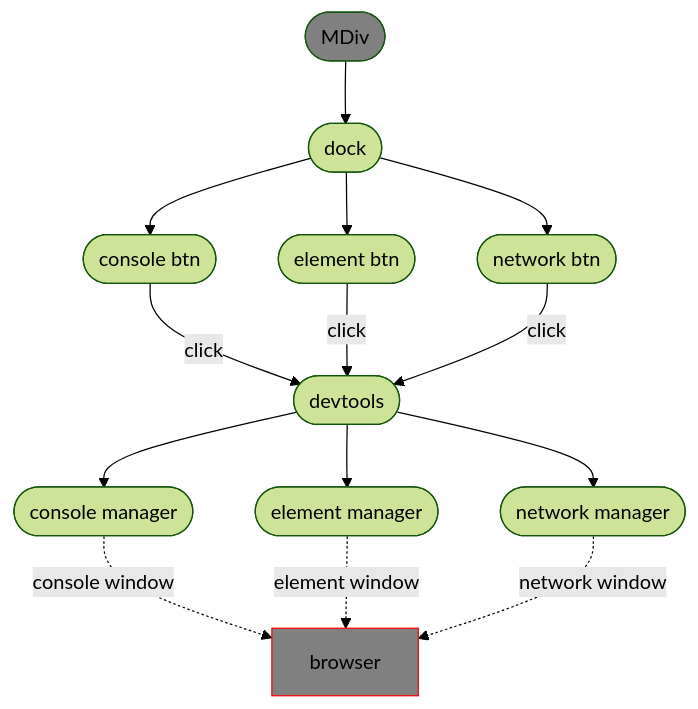
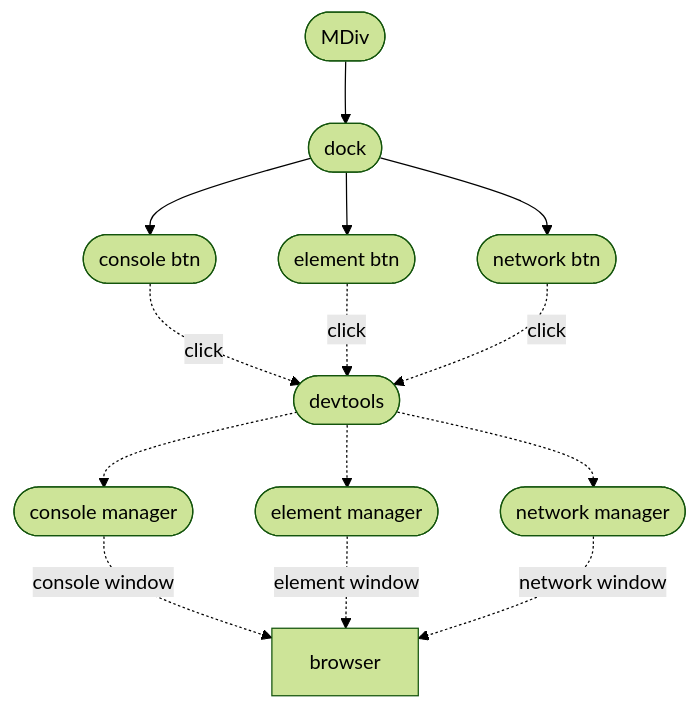
The first of 2 diagrams in README.md (moo-m/MDev), drawn with Mermaid (forest theme) before and after one commit.

````diff
--- a/README.md
+++ b/README.md
@@ -91,41 +91,38 @@
 ```mermaid
 flowchart TB
 
 MDiv([MDiv])
 
 Dock([dock])
 
 MDiv --> Dock
 
 ConsoleBtn([console btn])
 ElementBtn([element btn])
 NetworkBtn([network btn])
 
 Dock --> ConsoleBtn
 Dock --> ElementBtn
 Dock --> NetworkBtn
 
 DevTools([devtools])
 
-ConsoleBtn --> |click| DevTools
-ElementBtn --> |click| DevTools
-NetworkBtn --> |click| DevTools
+ConsoleBtn -.-> |click| DevTools
+ElementBtn -.-> |click| DevTools
+NetworkBtn -.-> |click| DevTools
 
 ConsoleManager([console manager])
 ElementManager([element manager])
 NetworkManager([network manager])
 
-DevTools --> ConsoleManager
-DevTools --> ElementManager
-DevTools --> NetworkManager
+DevTools -.-> ConsoleManager
+DevTools -.-> ElementManager
+DevTools -.-> NetworkManager
 
 Browser[browser]
 
 ConsoleManager -. console window .-> Browser
 ElementManager -. element window .-> Browser
 NetworkManager -. network window .-> Browser
 
-style MDiv fill:gray,stoke:red
-style Browser fill:gray,stroke:red
-
 ```
````
